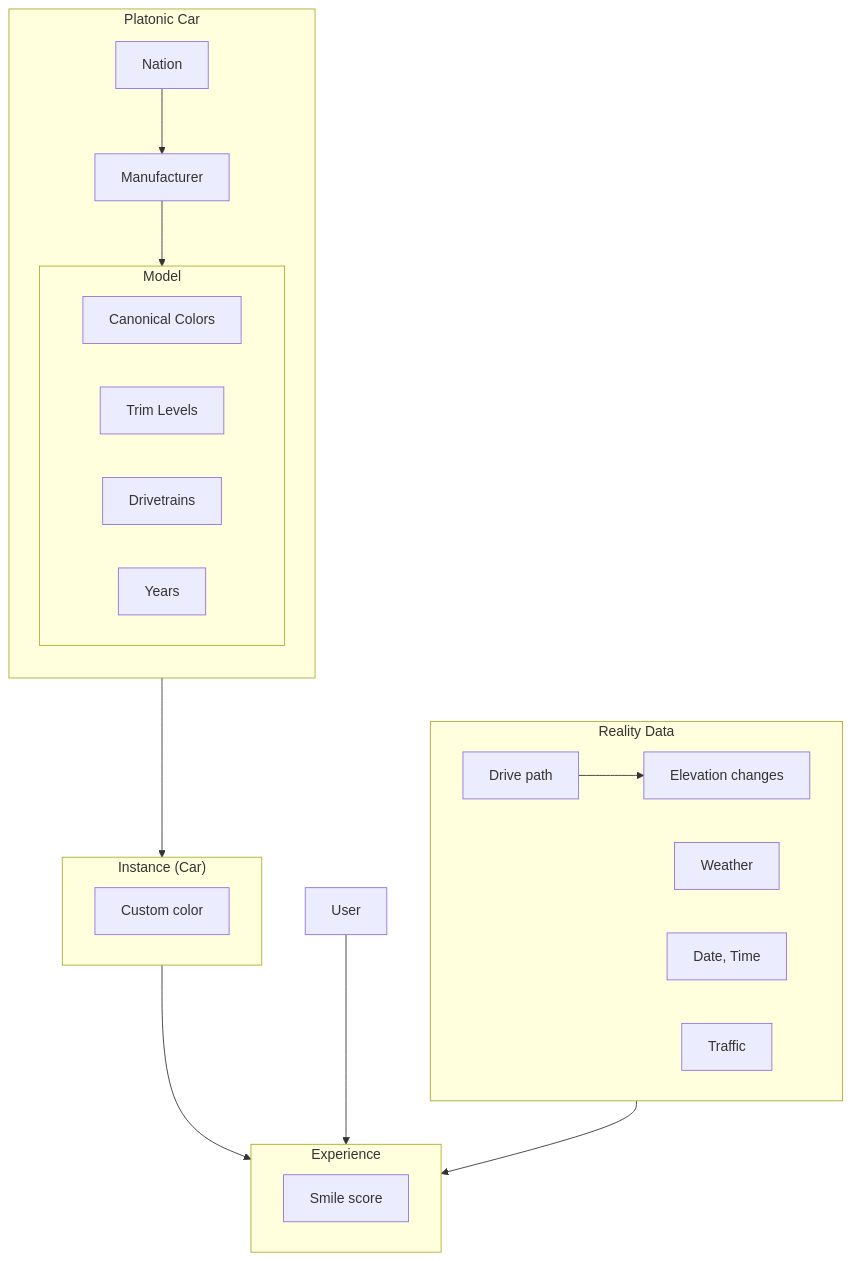
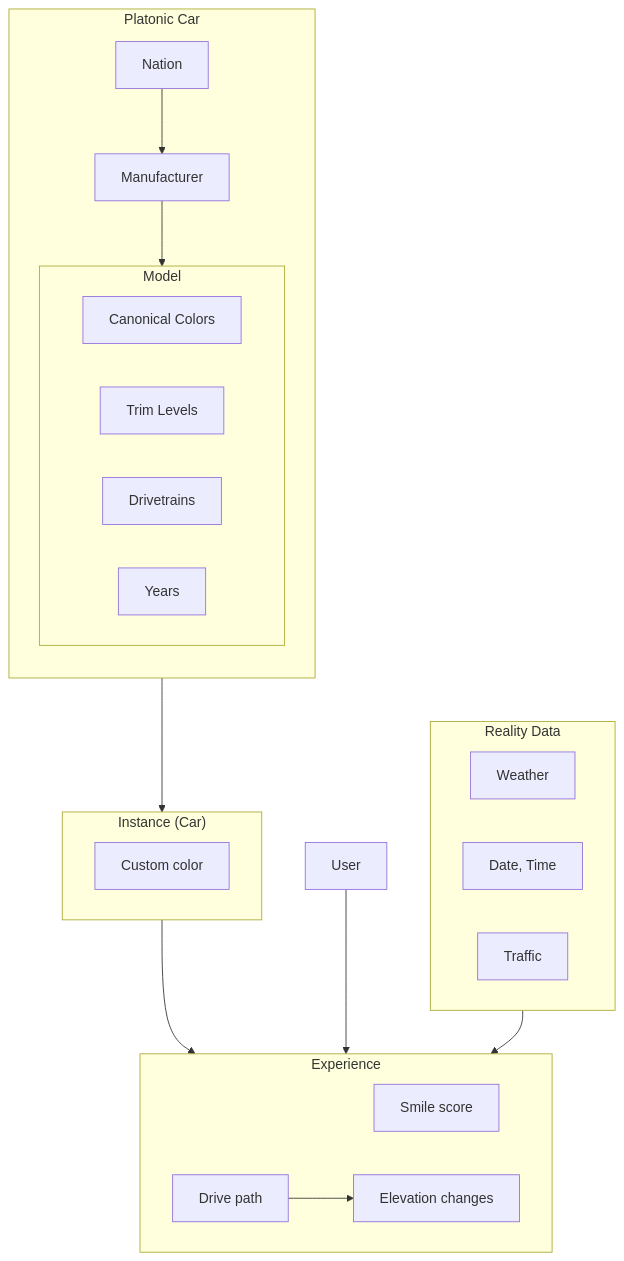
The diagram in docs/product.md (UUeird/dyno), drawn with Mermaid before and after one commit. The commit also changed other lines of this file, not shown here.

Commit message:
Move Drive path > Elevation changes into Experience group

````diff
--- a/docs/product.md
+++ b/docs/product.md
@@ -7,30 +7,30 @@
 ```mermaid
 flowchart TD
     subgraph PlatonicCar["Platonic Car"]
         direction TD
         Nation --> Manufacturer --> Model
         subgraph Model["Model"]
             CanonicalColors["Canonical Colors"]
             Trim["Trim Levels"]
             Drivetrain["Drivetrains"]
             Year["Years"]
         end
     end
     subgraph Instance["Instance (Car)"]
         CustomColor["Custom color"]
     end
     PlatonicCar --> Instance
     subgraph Experience["Experience"]
         SmileScore["Smile score"]
+        DrivePath["Drive path"] --> Elevation["Elevation changes"]
     end
     Instance --> Experience
     User --> Experience
 
     subgraph RealityData["Reality Data"]
-        DrivePath["Drive path"] --> Elevation["Elevation changes"]
         Weather
         DateTime["Date, Time"]
         Traffic
     end
     RealityData --> Experience
 ```
````
